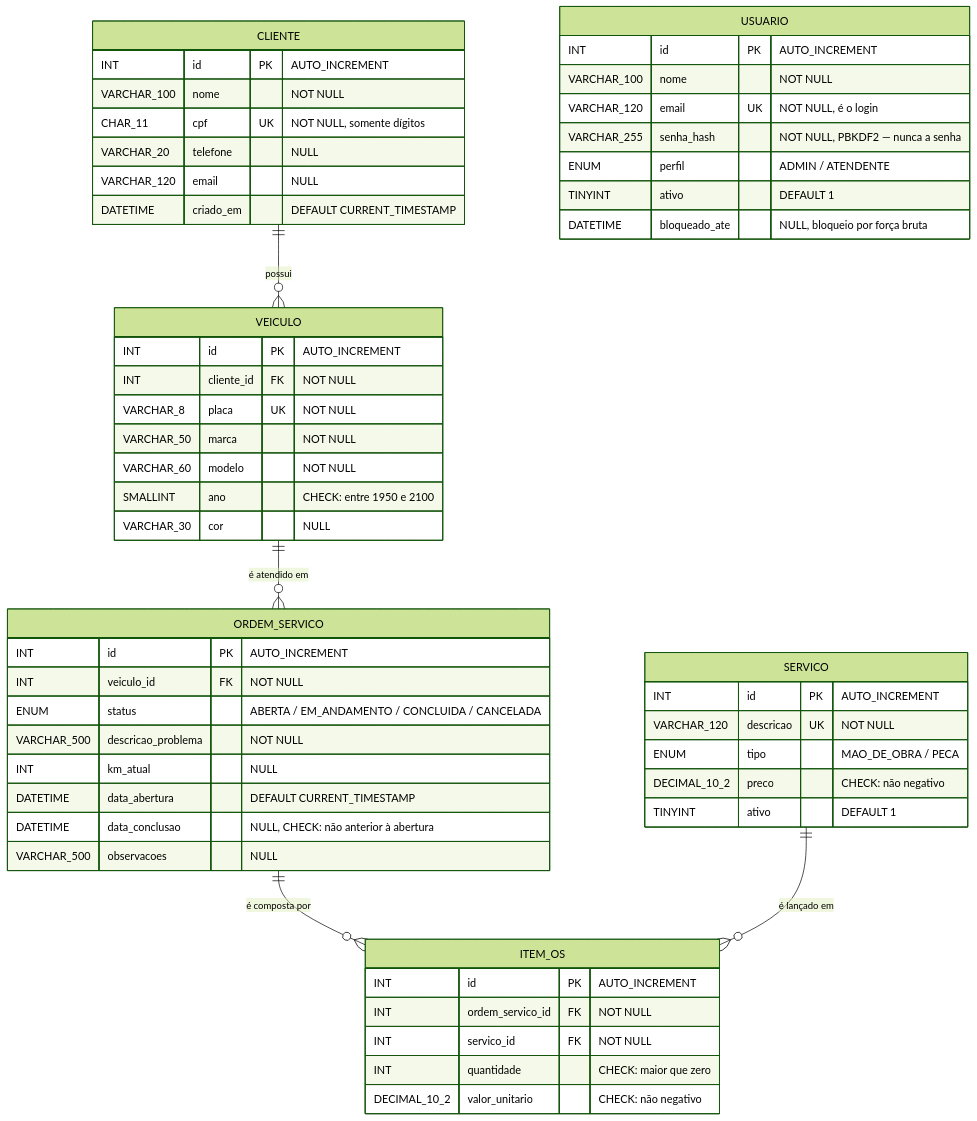
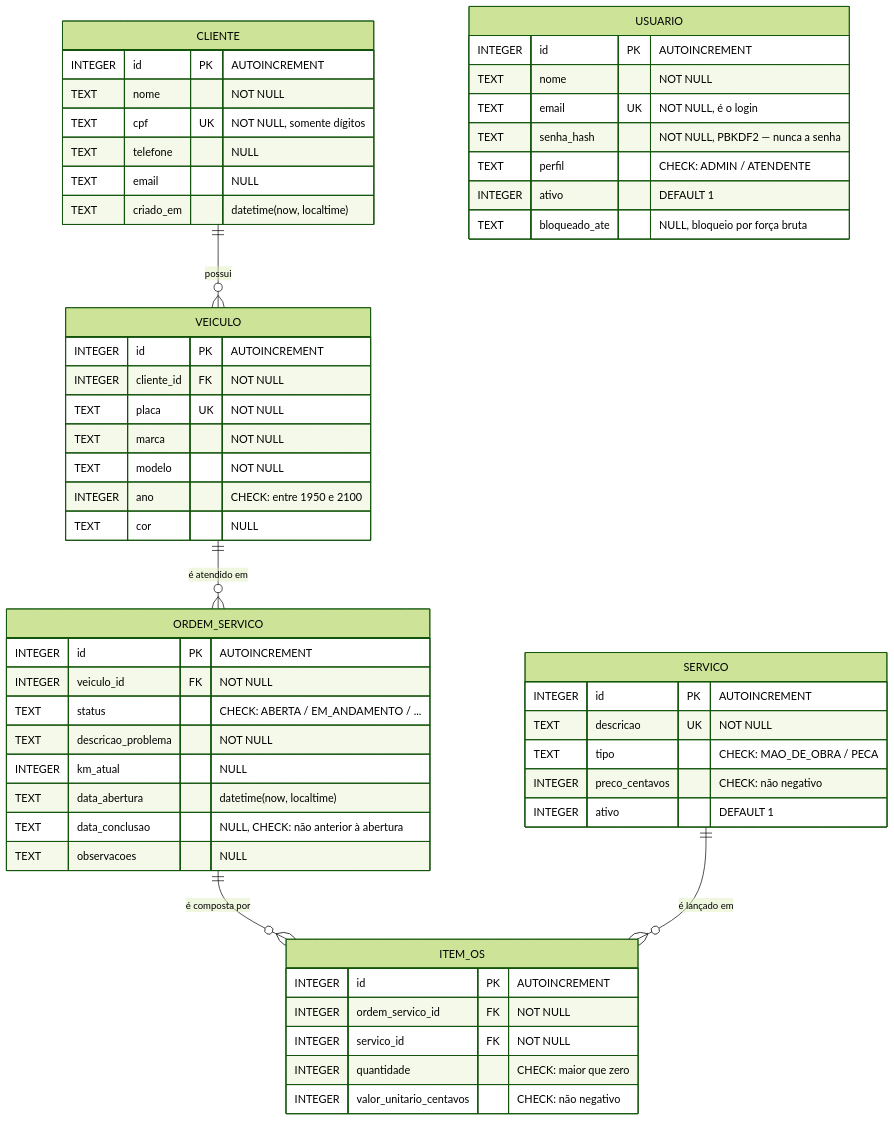
The diagram in README.md (Lindolfoo/OficinaMecanica), drawn with Mermaid (forest theme) before and after one commit. The commit also changed other lines of this file, not shown here.

````diff
--- a/README.md
+++ b/README.md
@@ -120,63 +123,63 @@
 ```mermaid
 erDiagram
     CLIENTE ||--o{ VEICULO : "possui"
     VEICULO ||--o{ ORDEM_SERVICO : "é atendido em"
     ORDEM_SERVICO ||--o{ ITEM_OS : "é composta por"
     SERVICO ||--o{ ITEM_OS : "é lançado em"
 
     CLIENTE {
-        INT id PK "AUTO_INCREMENT"
-        VARCHAR_100 nome "NOT NULL"
-        CHAR_11 cpf UK "NOT NULL, somente dígitos"
-        VARCHAR_20 telefone "NULL"
-        VARCHAR_120 email "NULL"
-        DATETIME criado_em "DEFAULT CURRENT_TIMESTAMP"
+        INTEGER id PK "AUTOINCREMENT"
+        TEXT nome "NOT NULL"
+        TEXT cpf UK "NOT NULL, somente dígitos"
+        TEXT telefone "NULL"
+        TEXT email "NULL"
+        TEXT criado_em "datetime(now, localtime)"
     }
 
     VEICULO {
-        INT id PK "AUTO_INCREMENT"
-        INT cliente_id FK "NOT NULL"
-        VARCHAR_8 placa UK "NOT NULL"
-        VARCHAR_50 marca "NOT NULL"
-        VARCHAR_60 modelo "NOT NULL"
-        SMALLINT ano "CHECK: entre 1950 e 2100"
-        VARCHAR_30 cor "NULL"
+        INTEGER id PK "AUTOINCREMENT"
+        INTEGER cliente_id FK "NOT NULL"
+        TEXT placa UK "NOT NULL"
+        TEXT marca "NOT NULL"
+        TEXT modelo "NOT NULL"
+        INTEGER ano "CHECK: entre 1950 e 2100"
+        TEXT cor "NULL"
     }
 
     SERVICO {
-        INT id PK "AUTO_INCREMENT"
-        VARCHAR_120 descricao UK "NOT NULL"
-        ENUM tipo "MAO_DE_OBRA / PECA"
-        DECIMAL_10_2 preco "CHECK: não negativo"
-        TINYINT ativo "DEFAULT 1"
+        INTEGER id PK "AUTOINCREMENT"
+        TEXT descricao UK "NOT NULL"
+        TEXT tipo "CHECK: MAO_DE_OBRA / PECA"
+        INTEGER preco_centavos "CHECK: não negativo"
+        INTEGER ativo "DEFAULT 1"
     }
 
     ORDEM_SERVICO {
-        INT id PK "AUTO_INCREMENT"
-        INT veiculo_id FK "NOT NULL"
-        ENUM status "ABERTA / EM_ANDAMENTO / CONCLUIDA / CANCELADA"
-        VARCHAR_500 descricao_problema "NOT NULL"
-        INT km_atual "NULL"
-        DATETIME data_abertura "DEFAULT CURRENT_TIMESTAMP"
-        DATETIME data_conclusao "NULL, CHECK: não anterior à abertura"
-        VARCHAR_500 observacoes "NULL"
+        INTEGER id PK "AUTOINCREMENT"
+        INTEGER veiculo_id FK "NOT NULL"
+        TEXT status "CHECK: ABERTA / EM_ANDAMENTO / ..."
+        TEXT descricao_problema "NOT NULL"
+        INTEGER km_atual "NULL"
+        TEXT data_abertura "datetime(now, localtime)"
+        TEXT data_conclusao "NULL, CHECK: não anterior à abertura"
+        TEXT observacoes "NULL"
     }
 
     ITEM_OS {
-        INT id PK "AUTO_INCREMENT"
-        INT ordem_servico_id FK "NOT NULL"
-        INT servico_id FK "NOT NULL"
-        INT quantidade "CHECK: maior que zero"
-        DECIMAL_10_2 valor_unitario "CHECK: não negativo"
+        INTEGER id PK "AUTOINCREMENT"
+        INTEGER ordem_servico_id FK "NOT NULL"
+        INTEGER servico_id FK "NOT NULL"
+        INTEGER quantidade "CHECK: maior que zero"
+        INTEGER valor_unitario_centavos "CHECK: não negativo"
     }
 
     USUARIO {
-        INT id PK "AUTO_INCREMENT"
-        VARCHAR_100 nome "NOT NULL"
-        VARCHAR_120 email UK "NOT NULL, é o login"
-        VARCHAR_255 senha_hash "NOT NULL, PBKDF2 — nunca a senha"
-        ENUM perfil "ADMIN / ATENDENTE"
-        TINYINT ativo "DEFAULT 1"
-        DATETIME bloqueado_ate "NULL, bloqueio por força bruta"
+        INTEGER id PK "AUTOINCREMENT"
+        TEXT nome "NOT NULL"
+        TEXT email UK "NOT NULL, é o login"
+        TEXT senha_hash "NOT NULL, PBKDF2 — nunca a senha"
+        TEXT perfil "CHECK: ADMIN / ATENDENTE"
+        INTEGER ativo "DEFAULT 1"
+        TEXT bloqueado_ate "NULL, bloqueio por força bruta"
     }
 ```
````
